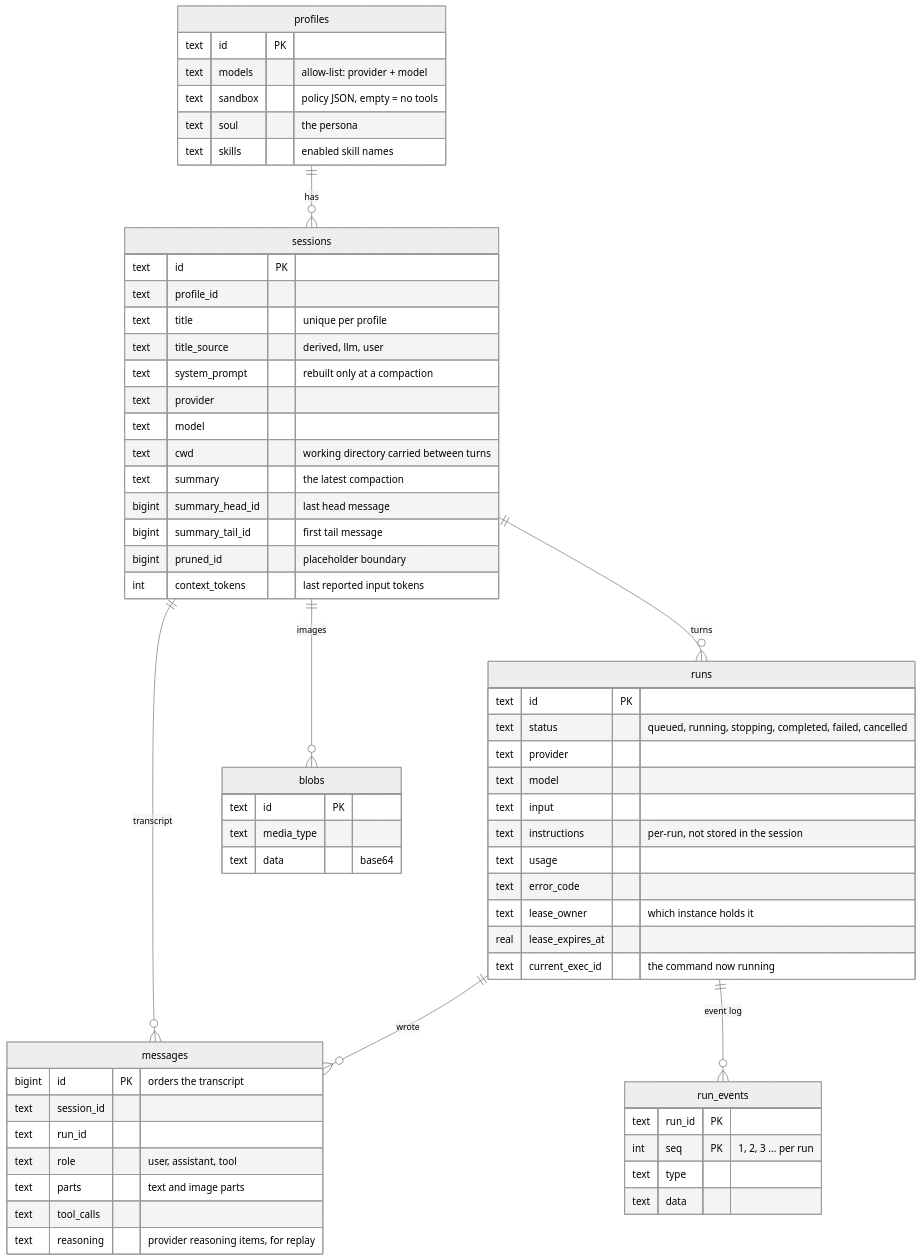
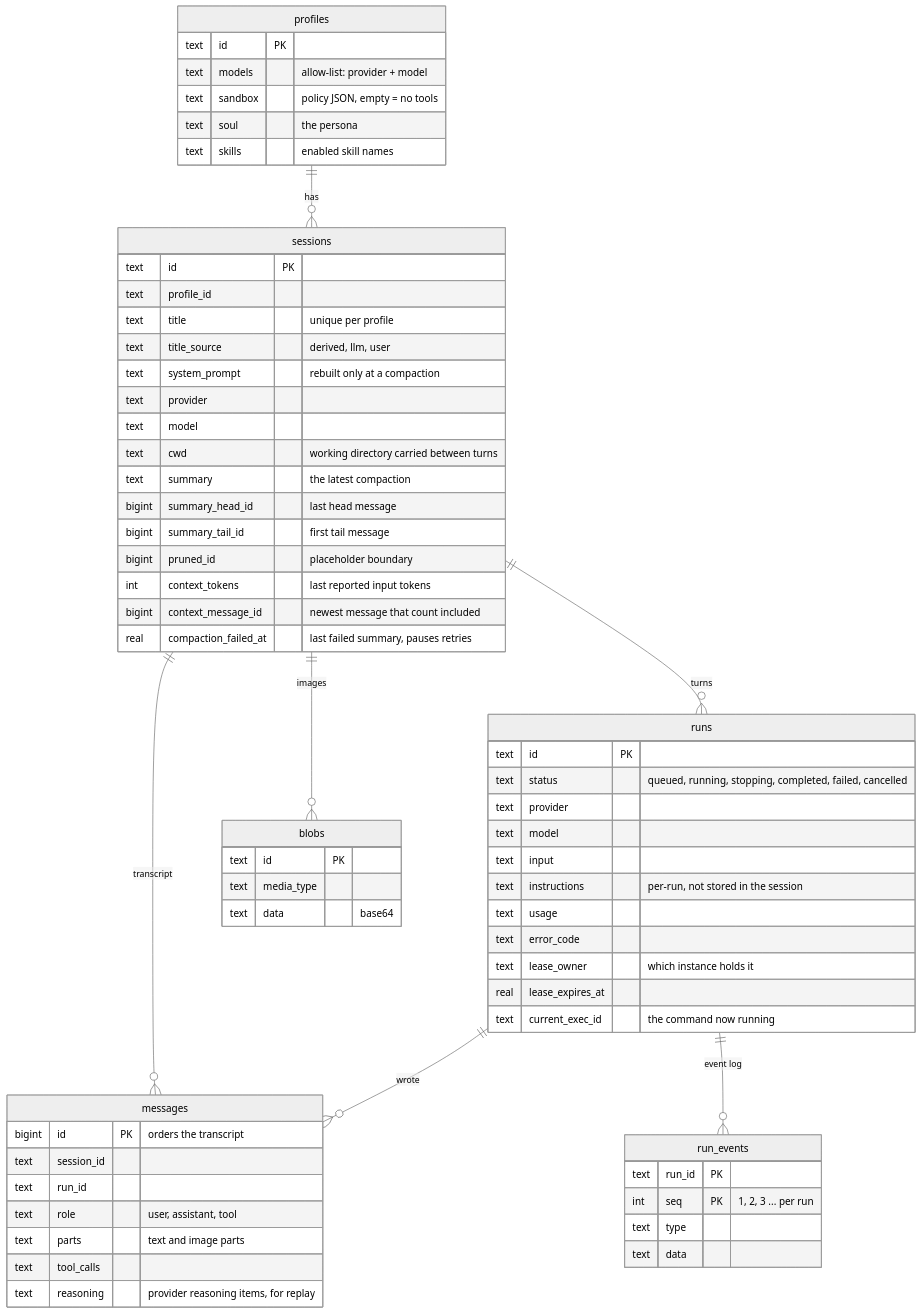
The second of 9 diagrams in docs/architecture.md (ryang420/agent-keel), drawn with Mermaid (neutral theme) before and after one commit. The commit also changed other lines of this file and 2 other files, not shown here.

Commit message:
docs: compaction state columns, the scaled enough check and the summary input cap

````diff
--- a/docs/architecture.md
+++ b/docs/architecture.md
@@ -97,65 +97,67 @@
 ```mermaid
 erDiagram
     profiles ||--o{ sessions : "has"
     sessions ||--o{ messages : "transcript"
     sessions ||--o{ runs : "turns"
     sessions ||--o{ blobs : "images"
     runs ||--o{ run_events : "event log"
     runs ||--o{ messages : "wrote"
 
     profiles {
         text id PK
         text models "allow-list: provider + model"
         text sandbox "policy JSON, empty = no tools"
         text soul "the persona"
         text skills "enabled skill names"
     }
     sessions {
         text id PK
         text profile_id
         text title "unique per profile"
         text title_source "derived, llm, user"
         text system_prompt "rebuilt only at a compaction"
         text provider
         text model
         text cwd "working directory carried between turns"
         text summary "the latest compaction"
         bigint summary_head_id "last head message"
         bigint summary_tail_id "first tail message"
         bigint pruned_id "placeholder boundary"
         int context_tokens "last reported input tokens"
+        bigint context_message_id "newest message that count included"
+        real compaction_failed_at "last failed summary, pauses retries"
     }
     messages {
         bigint id PK "orders the transcript"
         text session_id
         text run_id
         text role "user, assistant, tool"
         text parts "text and image parts"
         text tool_calls
         text reasoning "provider reasoning items, for replay"
     }
     runs {
         text id PK
         text status "queued, running, stopping, completed, failed, cancelled"
         text provider
         text model
         text input
         text instructions "per-run, not stored in the session"
         text usage
         text error_code
         text lease_owner "which instance holds it"
         real lease_expires_at
         text current_exec_id "the command now running"
     }
     run_events {
         text run_id PK
         int seq PK "1, 2, 3 ... per run"
         text type
         text data
     }
     blobs {
         text id PK
         text media_type
         text data "base64"
     }
 ```
````
